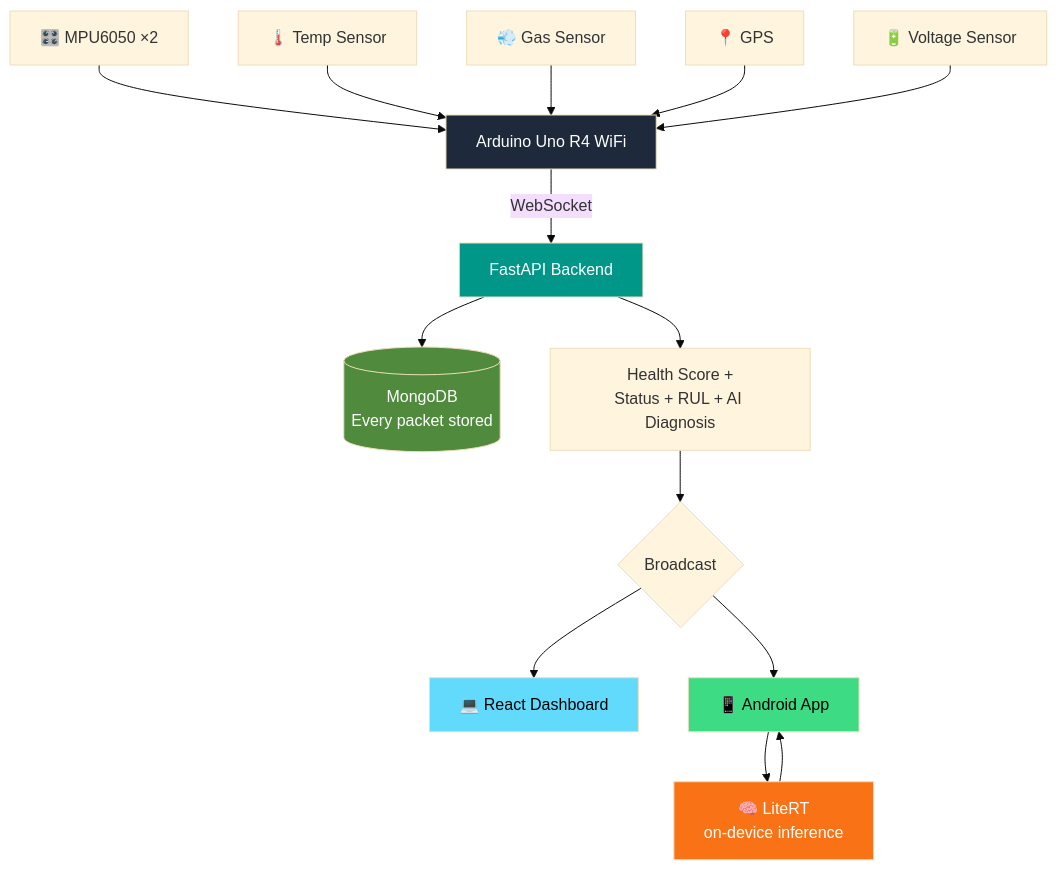
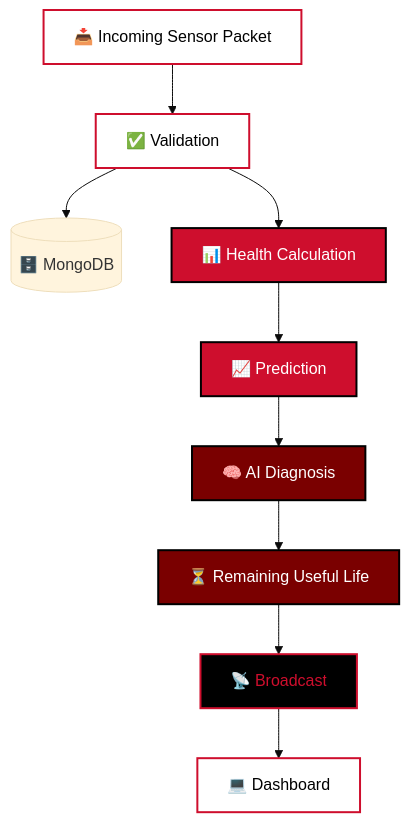
One commit to anshuman9468/PulseDrive-Snapdragon-Hack changed the tenth of 11 diagrams in README.md. Above: the diagram before and after it, drawn with Mermaid (base theme). The commit also changed other lines of this file, not shown here.

````diff
--- a/README.md
+++ b/README.md
@@ -46,27 +577,20 @@
 ```mermaid
 flowchart TD
-    S1[🎛️ MPU6050 ×2] --> ARD
-    S2[🌡️ Temp Sensor] --> ARD
-    S3[💨 Gas Sensor] --> ARD
-    S4[📍 GPS] --> ARD
-    S5[🔋 Voltage Sensor] --> ARD
+    IN["📥 Incoming Sensor Packet"] --> VAL["✅ Validation"]
+    VAL --> DB[("🗄️ MongoDB")]
+    VAL --> HC["📊 Health Calculation"]
+    HC --> PR["📈 Prediction"]
+    PR --> DIAG["🧠 AI Diagnosis"]
+    DIAG --> RUL["⏳ Remaining Useful Life"]
+    RUL --> BC["📡 Broadcast"]
+    BC --> DASH["💻 Dashboard"]
 
-    ARD[Arduino Uno R4 WiFi] -- WebSocket --> API[FastAPI Backend]
-
-    API --> DB[(MongoDB<br/>Every packet stored)]
-    API --> HC[Health Score +<br/>Status + RUL + AI Diagnosis]
-    HC --> BC{Broadcast}
-
-    BC --> WEB[💻 React Dashboard]
-    BC --> AND[📱 Android App]
-
-    AND --> LR[🧠 LiteRT<br/>on-device inference]
-    LR --> AND
-
-    style ARD fill:#1e293b,color:#fff
-    style API fill:#009688,color:#fff
-    style DB fill:#4f8a3d,color:#fff
-    style LR fill:#f97316,color:#fff
-    style WEB fill:#61dafb,color:#000
-    style AND fill:#3ddc84,color:#000
+    style IN fill:#FFFFFF,color:#000000,stroke:#CE0E2D,stroke-width:2px
+    style VAL fill:#FFFFFF,color:#000000,stroke:#CE0E2D,stroke-width:2px
+    style HC fill:#CE0E2D,color:#fff,stroke:#000000,stroke-width:2px
+    style PR fill:#CE0E2D,color:#fff,stroke:#000000,stroke-width:2px
+    style DIAG fill:#7A0000,color:#fff,stroke:#000000,stroke-width:2px
+    style RUL fill:#7A0000,color:#fff,stroke:#000000,stroke-width:2px
+    style BC fill:#000000,color:#CE0E2D,stroke:#CE0E2D,stroke-width:2px
+    style DASH fill:#FFFFFF,color:#000000,stroke:#CE0E2D,stroke-width:2px
 ```
````
